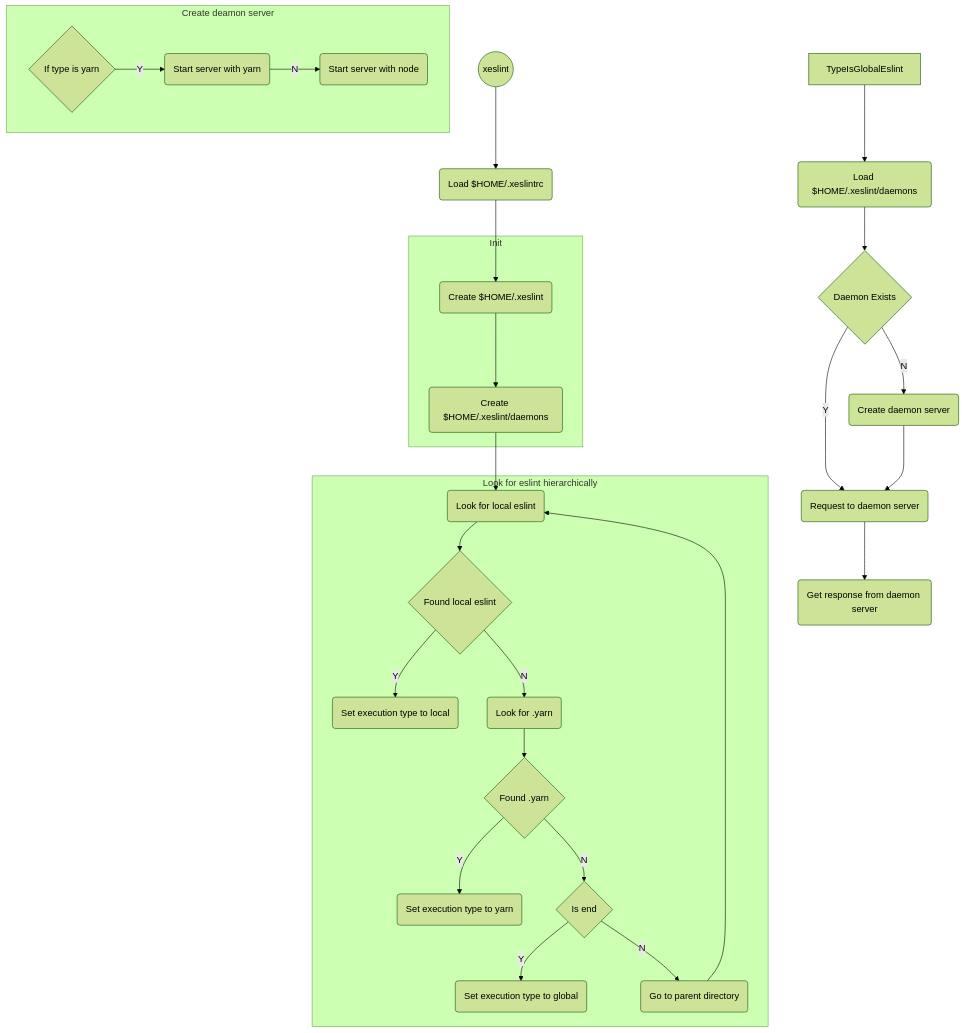
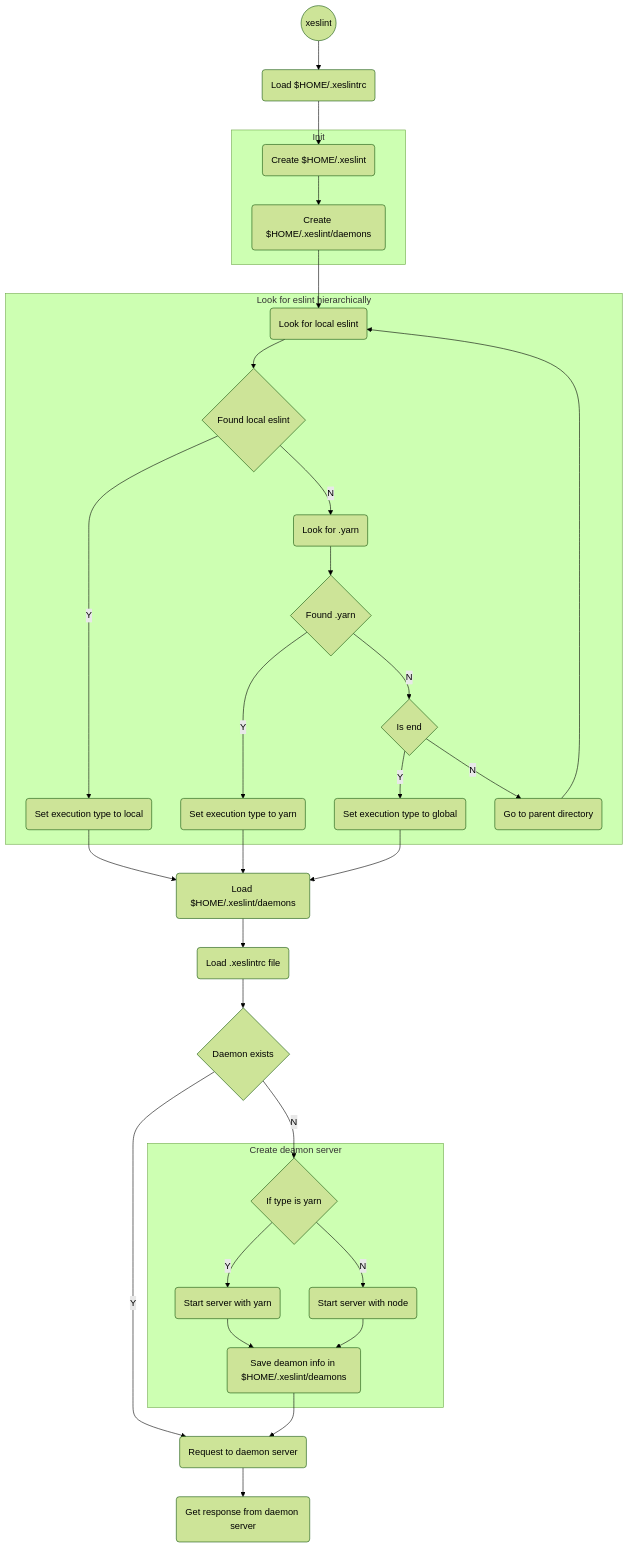
One commit to LvChengbin/xeslint changed the diagram in docs/xeslint.md. Above: the diagram before and after it, drawn with Mermaid (forest theme).

````diff
--- a/docs/xeslint.md
+++ b/docs/xeslint.md
@@ -3,39 +3,46 @@
 ```mermaid
 graph TD
 
 Start((xeslint)) --> LoadConfig(Load $HOME/.xeslintrc)
     LoadConfig --> Init_A
 
     subgraph Init
         Init_A(Create $HOME/.xeslint)
         --> Init_B(Create $HOME/.xeslint/daemons)
     end
 
     Init_B --> LookForLocalEslint
 
     subgraph Look for eslint hierarchically
         LookForLocalEslint(Look for local eslint)
         --> FoundLocalEslint{Found local eslint}
         --> |Y| SetTypeIsLocalEslint(Set execution type to local)
         FoundLocalEslint --> |N| LookForYarn(Look for .yarn)
         --> FoundYarn{Found .yarn}
         --> |Y| SetTypeIsYarn(Set execution type to yarn)
         FoundYarn --> |N| IsEnd{Is end}
         --> |Y| SetTypeIsGlobalEslint(Set execution type to global)
         IsEnd --> |N| GoToParentDir(Go to parent directory)
         -->LookForLocalEslint
     end
-
-    TypeIsGlobalEslint --> loadDaemonFile(Load $HOME/.xeslint/daemons)
-    --> CheckDaemonExists{Daemon Exists}
+    
+    SetTypeIsLocalEslint --> loadDaemonFile
+    SetTypeIsYarn --> loadDaemonFile
+    SetTypeIsGlobalEslint --> loadDaemonFile(Load $HOME/.xeslint/daemons)
+    --> LoadRCFile(Load .xeslintrc file)
+    --> CheckDaemonExists{Daemon exists}
     --> |Y| Request(Request to daemon server)
-    CheckDaemonExists --> |N| CreateDaemon(Create daemon server ) --> Request
+    CheckDaemonExists --> |N| CreateDeamonServerIfTypeIsYarn
 
     subgraph Create deamon server
-        TypeIsYarn{If type is yarn}
+        CreateDeamonServerIfTypeIsYarn{If type is yarn}
         --> |Y| StartServerWithYarn(Start server with yarn)
-        --> |N| StartServerWithNode(Start server with node)
+        CreateDeamonServerIfTypeIsYarn --> |N| StartServerWithNode(Start server with node)
+        StartServerWithYarn --> SaveDeamonServerInfo(Save deamon info in $HOME/.xeslint/deamons)
+        StartServerWithNode --> SaveDeamonServerInfo
     end
+        
+    SaveDeamonServerInfo --> Request
 
     Request --> GetResponse(Get response from daemon server)
 ```
````
